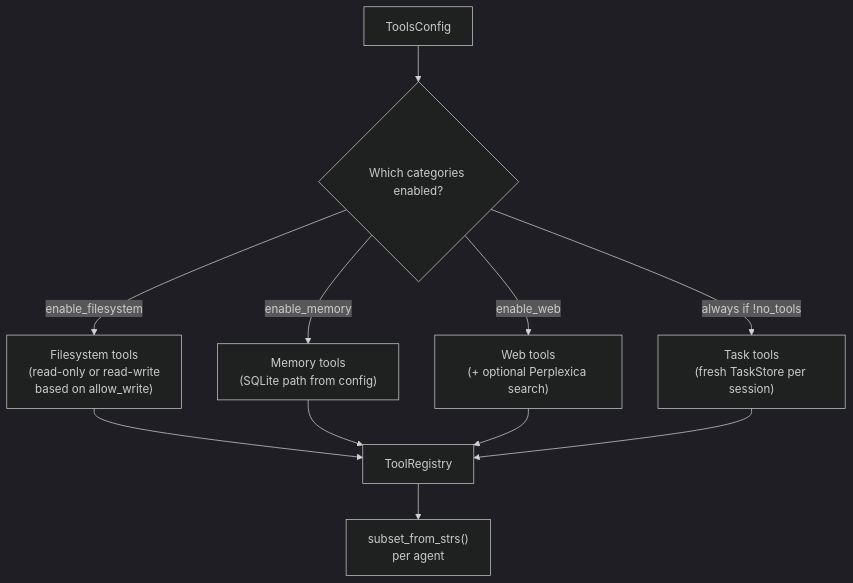
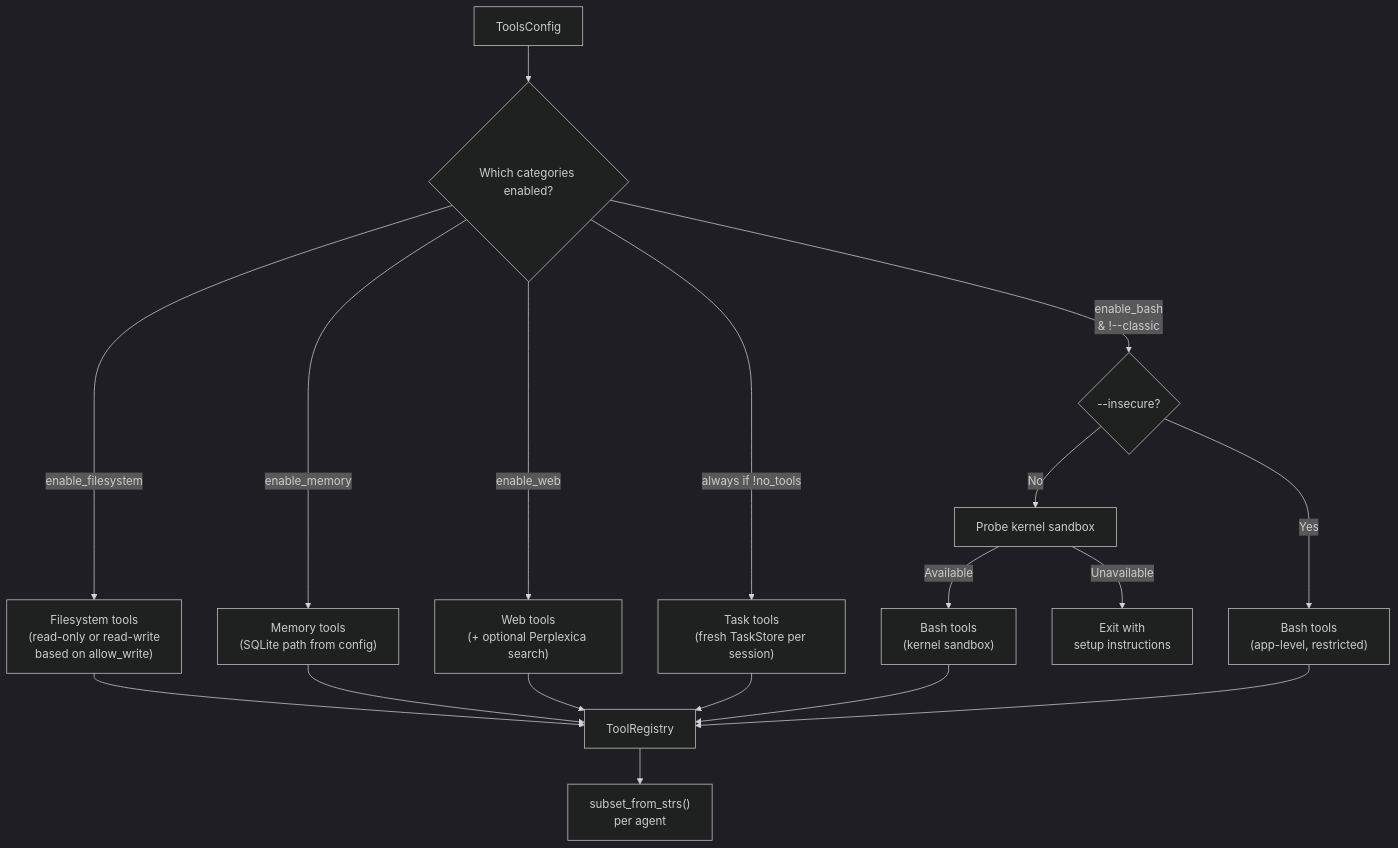
Diagram 14 of 37 in docs/ARCHITECTURE.md (Refefer/quick-query-rs), drawn with Mermaid (dark theme) before and after one commit. The commit also changed other lines of this file and 3 other files, not shown here.

First line of the commit message:
Document bash sandbox across all docs

````diff
--- a/docs/ARCHITECTURE.md
+++ b/docs/ARCHITECTURE.md
@@ -632,15 +677,22 @@
 ```mermaid
 flowchart TD
     Config[ToolsConfig] --> Check{Which categories enabled?}
     Check -->|enable_filesystem| FS["Filesystem tools<br/>(read-only or read-write<br/>based on allow_write)"]
     Check -->|enable_memory| MEM["Memory tools<br/>(SQLite path from config)"]
     Check -->|enable_web| WEB["Web tools<br/>(+ optional Perplexica search)"]
     Check -->|always if !no_tools| TASK["Task tools<br/>(fresh TaskStore per session)"]
+    Check -->|"enable_bash<br/>& !--classic"| BASH_CHECK{"--insecure?"}
+    BASH_CHECK -->|No| PROBE["Probe kernel sandbox"]
+    PROBE -->|Available| BASH["Bash tools<br/>(kernel sandbox)"]
+    PROBE -->|Unavailable| FAIL["Exit with<br/>setup instructions"]
+    BASH_CHECK -->|Yes| BASH_UNSAFE["Bash tools<br/>(app-level, restricted)"]
 
     FS --> REG[ToolRegistry]
     MEM --> REG
     WEB --> REG
     TASK --> REG
+    BASH --> REG
+    BASH_UNSAFE --> REG
 
     REG --> SUBSET["subset_from_strs()<br/>per agent"]
 ```
````
